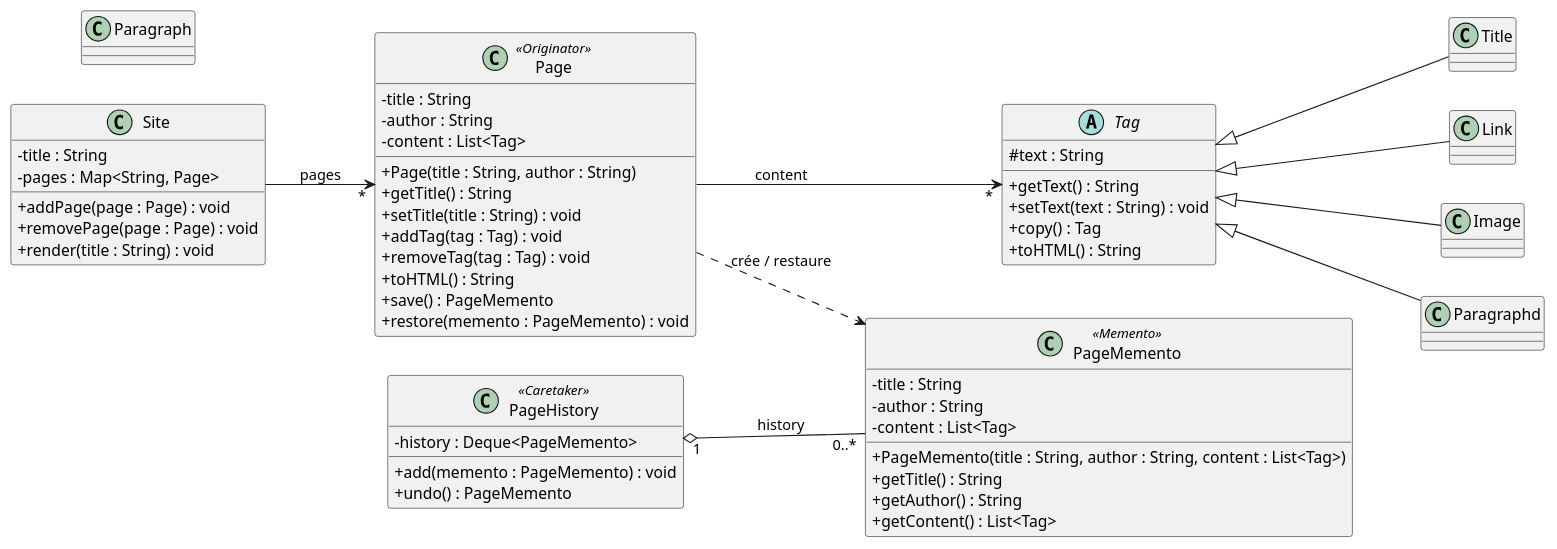
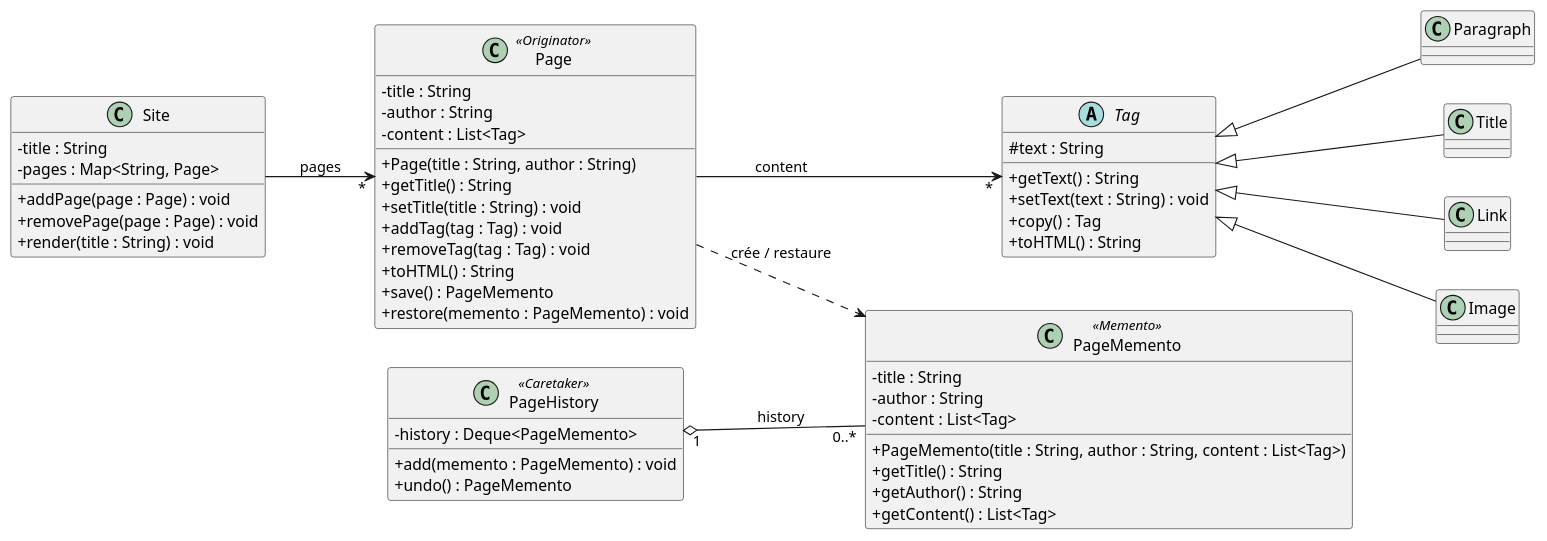
The diagram in Documentation/CMS_UML_Memento.puml (oums07/Memento), drawn with PlantUML before and after one commit.

Commit message:
Update UML Memento

```diff
--- a/Documentation/CMS_UML_Memento.puml
+++ b/Documentation/CMS_UML_Memento.puml
@@ -1,70 +1,70 @@
 @startuml
 
 skinparam classAttributeIconSize 0
 left to right direction
 
 class Site {
     - title : String
     - pages : Map<String, Page>
     + addPage(page : Page) : void
     + removePage(page : Page) : void
     + render(title : String) : void
 }
 
 class Page <<Originator>> {
     - title : String
     - author : String
     - content : List<Tag>
     + Page(title : String, author : String)
     + getTitle() : String
     + setTitle(title : String) : void
     + addTag(tag : Tag) : void
     + removeTag(tag : Tag) : void
     + toHTML() : String
     + save() : PageMemento
     + restore(memento : PageMemento) : void
 }
 
 class PageMemento <<Memento>> {
     - title : String
     - author : String
     - content : List<Tag>
     + PageMemento(title : String, author : String, content : List<Tag>)
     + getTitle() : String
     + getAuthor() : String
     + getContent() : List<Tag>
 }
 
 class PageHistory <<Caretaker>> {
     - history : Deque<PageMemento>
     + add(memento : PageMemento) : void
     + undo() : PageMemento
 }
 
 abstract class Tag {
     # text : String
     + getText() : String
     + setText(text : String) : void
     + copy() : Tag
     + toHTML() : String
 }
 
 class Paragraph
 class Title
 class Link
 class Image
 
-' Relations du CMS de base
-Tag <|-- Paragraphd
+
+Tag <|-- Paragraph
 Tag <|-- Title
 Tag <|-- Link
 Tag <|-- Image
 
 Site --> "*" Page : pages
 Page --> "*" Tag : content
 
-' Relations du Memento
+
 Page ..> PageMemento : crée / restaure
 PageHistory "1" o-- "0..*" PageMemento : history
 
 @enduml
```
